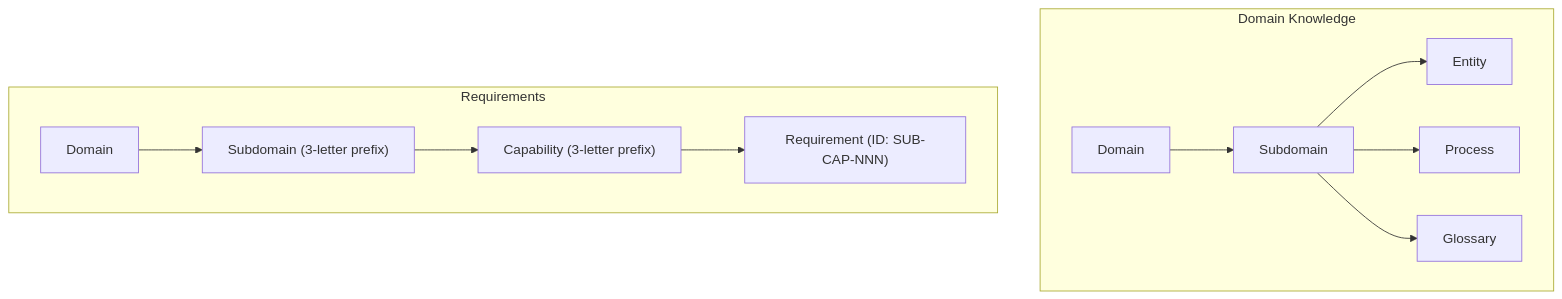
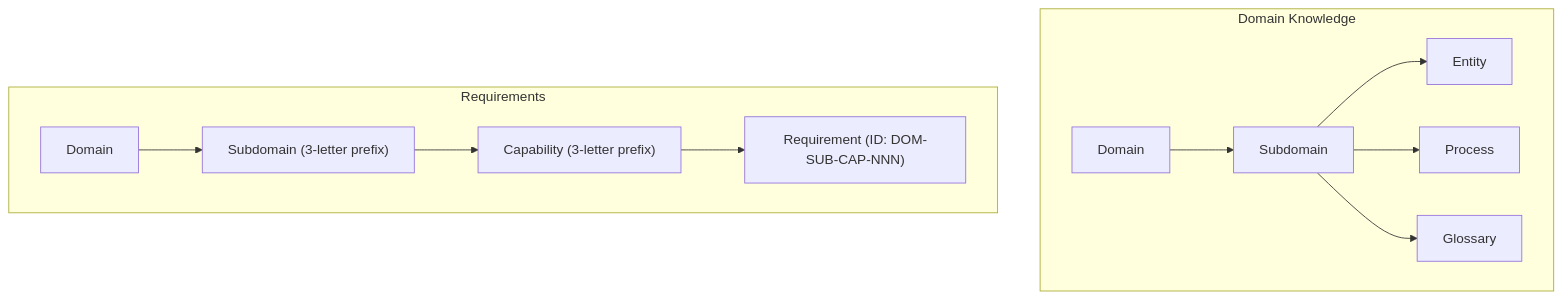
Before and after one commit to SmidigStorm/storm-claude-marketplace: the third of 3 diagrams in README.md, drawn with Mermaid. The commit also changed 3 other files, not shown here.

First line of the commit message:
Fix requirement ID format to DOM-SUB-CAP-NNN

````diff
--- a/README.md
+++ b/README.md
@@ -87,26 +87,26 @@
 ```mermaid
 flowchart TD
     subgraph "Domain Knowledge"
         DOM[Domain]
         SUB[Subdomain]
         ENT[Entity]
         PROC[Process]
         GLOSS[Glossary]
 
         DOM --> SUB
         SUB --> ENT
         SUB --> PROC
         SUB --> GLOSS
     end
 
     subgraph "Requirements"
         DOM2[Domain]
         SUB2["Subdomain (3-letter prefix)"]
         CAP["Capability (3-letter prefix)"]
-        REQ2["Requirement (ID: SUB-CAP-NNN)"]
+        REQ2["Requirement (ID: DOM-SUB-CAP-NNN)"]
 
         DOM2 --> SUB2
         SUB2 --> CAP
         CAP --> REQ2
     end
 ```
````
